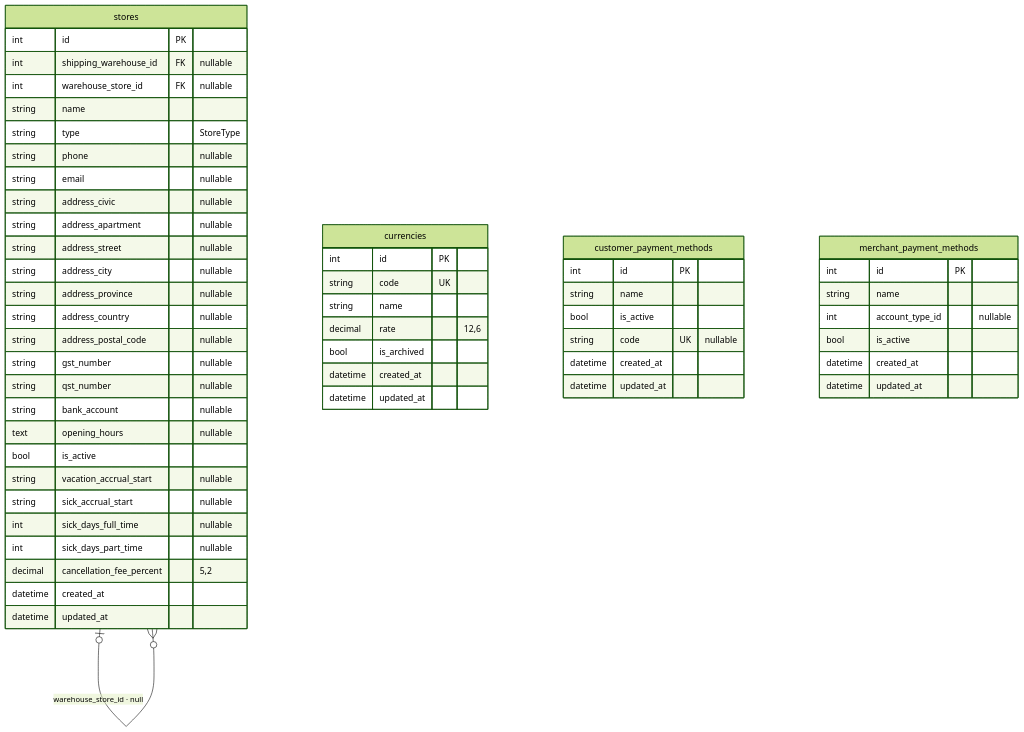
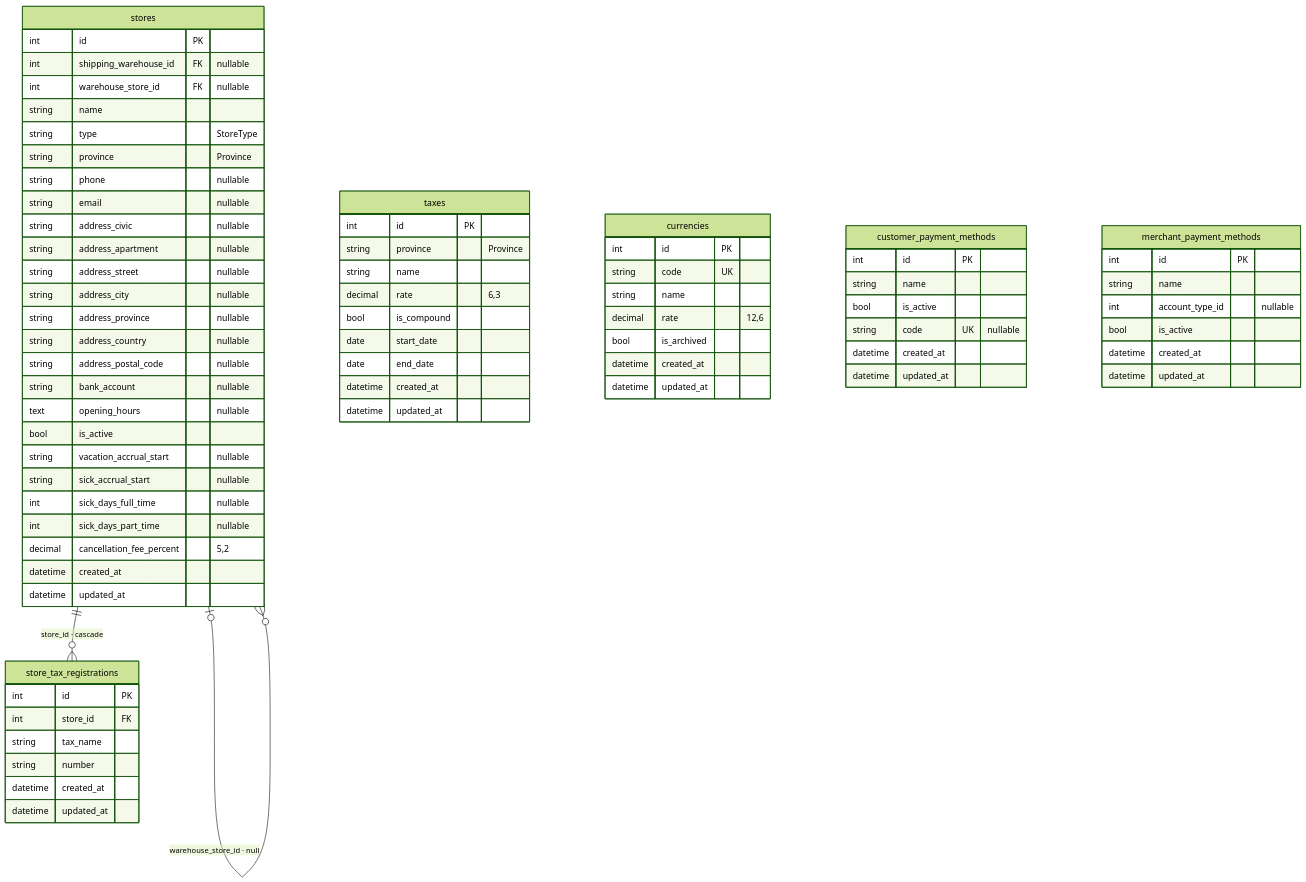
The eighth of 8 diagrams in dkor/docs/data-model.md (sebastienmarley/dkorpos), drawn with Mermaid (forest theme) before and after one commit. The commit also changed other lines of this file and 25 other files, not shown here.

````diff
--- a/dkor/docs/data-model.md
+++ b/dkor/docs/data-model.md
@@ -780,58 +843,77 @@
 ```mermaid
 erDiagram
     stores |o--o{ stores : "shipping_warehouse_id · null"
     stores |o--o{ stores : "warehouse_store_id · null"
+    stores ||--o{ store_tax_registrations : "store_id · cascade"
     stores {
         int id PK
         int shipping_warehouse_id FK "nullable"
         int warehouse_store_id FK "nullable"
         string name
         string type "StoreType"
+        string province "Province"
         string phone "nullable"
         string email "nullable"
         string address_civic "nullable"
         string address_apartment "nullable"
         string address_street "nullable"
         string address_city "nullable"
         string address_province "nullable"
         string address_country "nullable"
         string address_postal_code "nullable"
-        string gst_number "nullable"
-        string qst_number "nullable"
         string bank_account "nullable"
         text opening_hours "nullable"
         bool is_active
         string vacation_accrual_start "nullable"
         string sick_accrual_start "nullable"
         int sick_days_full_time "nullable"
         int sick_days_part_time "nullable"
         decimal cancellation_fee_percent "5,2"
+        datetime created_at
+        datetime updated_at
+    }
+    store_tax_registrations {
+        int id PK
+        int store_id FK
+        string tax_name
+        string number
+        datetime created_at
+        datetime updated_at
+    }
+    taxes {
+        int id PK
+        string province "Province"
+        string name
+        decimal rate "6,3"
+        bool is_compound
+        date start_date
+        date end_date
         datetime created_at
         datetime updated_at
     }
     currencies {
         int id PK
         string code UK
         string name
         decimal rate "12,6"
         bool is_archived
         datetime created_at
         datetime updated_at
     }
     customer_payment_methods {
         int id PK
         string name
         bool is_active
         string code UK "nullable"
         datetime created_at
         datetime updated_at
     }
     merchant_payment_methods {
         int id PK
         string name
         int account_type_id "nullable"
         bool is_active
         datetime created_at
         datetime updated_at
     }
 ```
````
